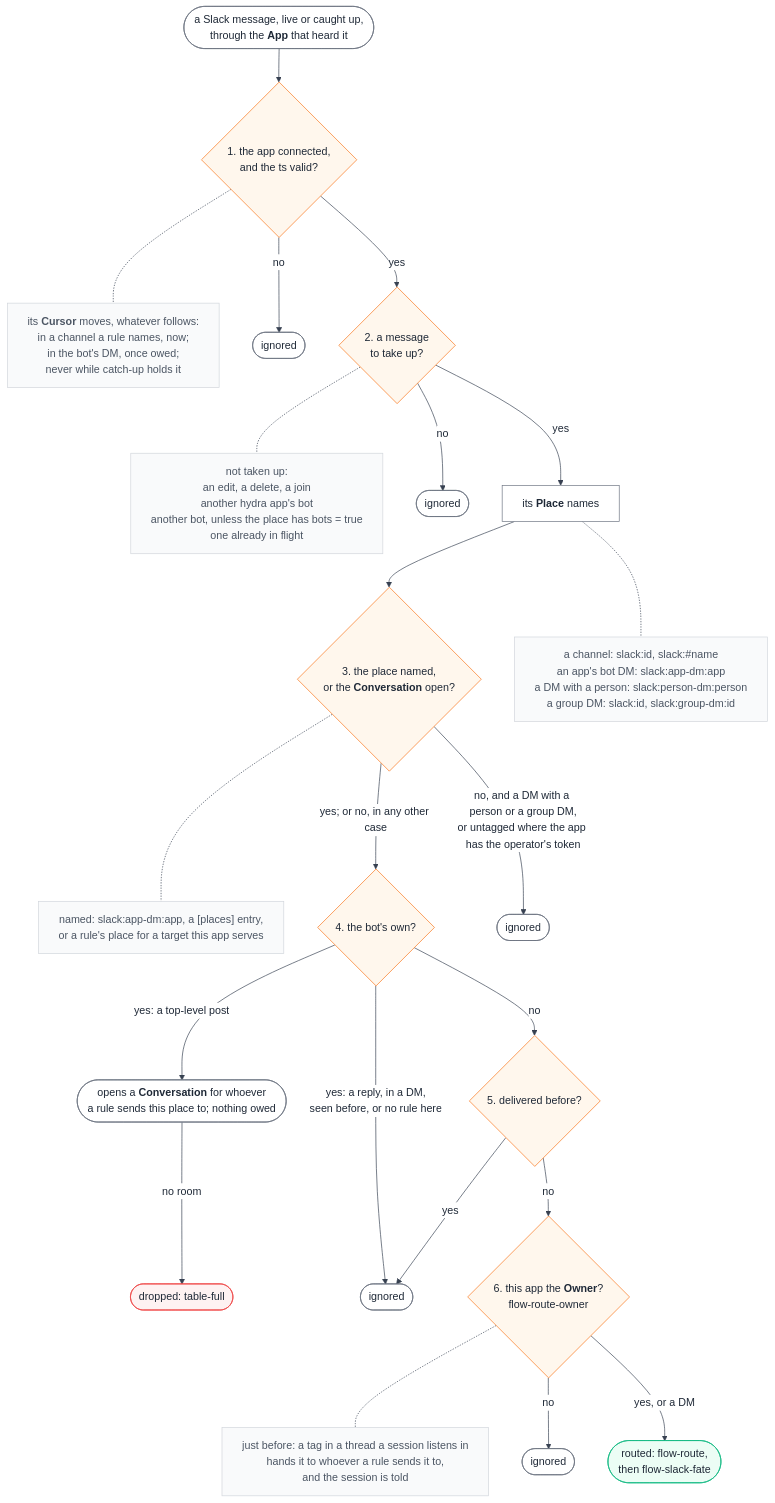
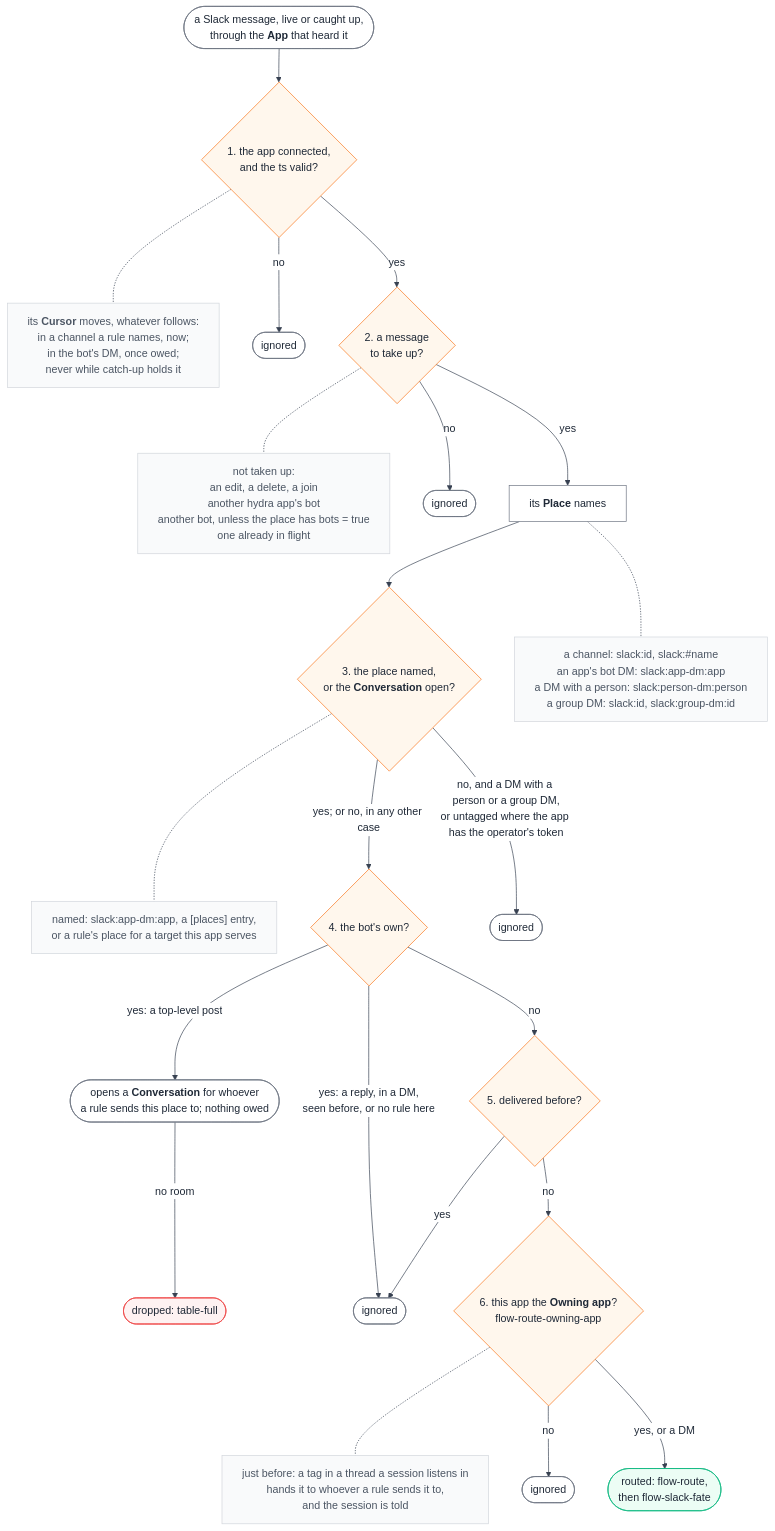
Before and after one commit to sf8193/hydra: the diagram in diagrams/flow-slack-accept.mmd, drawn with Mermaid. The commit also changed 61 other files, not shown here.

First line of the commit message:
Name by the glossary: owning app, connected, Conversation types, schedule, TargetValue

```diff
--- a/diagrams/flow-slack-accept.mmd
+++ b/diagrams/flow-slack-accept.mmd
@@ -1,57 +1,57 @@
 %%{init: {"theme":"base","themeVariables":{"background":"#ffffff","primaryColor":"#ffffff","primaryBorderColor":"#6b7280","primaryTextColor":"#1f2937","lineColor":"#374151","clusterBkg":"#ffffff","clusterBorder":"#d1d5db"},"flowchart":{"wrappingWidth":420,"useMaxWidth":false}}}%%
 %% Which Slack messages does an app take up and hand to routing?
-%% SlackWatcher.handle and classify, connectors/slack/watch.ts:734 and :756.
-%% Before: flow-slack-hear, flow-slack-catchup. Next: flow-route-owner, flow-route, flow-slack-fate. Every box's source: diagrams/flow-slack-accept.sources.md.
+%% ConversationTable.handle and classify, connectors/slack/watch.ts:734 and :756.
+%% Before: flow-slack-hear, flow-slack-catchup. Next: flow-route-owning-app, flow-route, flow-slack-fate. Every box's source: diagrams/flow-slack-accept.sources.md.
 flowchart TD
   in(["a Slack message, live or caught up,<br/>through the <b>App</b> that heard it"])
   g1{"1. the app connected,<br/>and the ts valid?"}
   cur["its <b>Cursor</b> moves, whatever follows:<br/>in a channel a rule names, now;<br/>in the bot's DM, once owed;<br/>never while catch-up holds it"]
   g2{"2. a message<br/>to take up?"}
   n2["not taken up:<br/>an edit, a delete, a join<br/>another hydra app's bot<br/>another bot, unless the place has bots = true<br/>one already in flight"]
   names["its <b>Place</b> names"]
   nn["a channel: slack:id, slack:#name<br/>an app's bot DM: slack:app-dm:app<br/>a DM with a person: slack:person-dm:person<br/>a group DM: slack:id, slack:group-dm:id"]
   g3{"3. the place named,<br/>or the <b>Conversation</b> open?"}
   n3["named: slack:app-dm:app, a [places] entry,<br/>or a rule's place for a target this app serves"]
   g4{"4. the bot's own?"}
   own(["opens a <b>Conversation</b> for whoever<br/>a rule sends this place to; nothing owed"])
   g5{"5. delivered before?"}
   take["just before: a tag in a thread a session listens in<br/>hands it to whoever a rule sends it to,<br/>and the session is told"]
-  g6{"6. this app the <b>Owner</b>?<br/>flow-route-owner"}
+  g6{"6. this app the <b>Owning app</b>?<br/>flow-route-owning-app"}
   routed(["routed: flow-route,<br/>then flow-slack-fate"])
   ign1(["ignored"])
   ign2(["ignored"])
   ign3(["ignored"])
   ign4(["ignored"])
   ign5(["ignored"])
   tfull(["dropped: table-full"])
 
   in --> g1
   g1 -.- cur
   g1 -->|no| ign1
   g1 -->|yes| g2
   g2 -.- n2
   g2 -->|no| ign2
   g2 -->|yes| names --> g3
   names -.- nn
   g3 -.- n3
   g3 -->|"yes; or no, in any other case"| g4
   g3 -->|"no, and a DM with a person or a group DM,<br/>or untagged where the app has the operator's token"| ign3
   g4 -->|"yes: a top-level post"| own
   own -->|"no room"| tfull
   g4 -->|"yes: a reply, in a DM,<br/>seen before, or no rule here"| ign4
   g4 -->|no| g5
   g5 -->|yes| ign4
   g5 -->|no| g6
   g6 -.- take
   g6 -->|"no"| ign5
   g6 -->|"yes, or a DM"| routed
 
   classDef gate fill:#fff7ed,stroke:#f97316,color:#1f2937
   classDef stop fill:#fef2f2,stroke:#ef4444,color:#1f2937
   classDef wait fill:#f3f4f6,stroke:#9ca3af,color:#1f2937
   classDef done fill:#ecfdf5,stroke:#10b981,color:#1f2937
   classDef note fill:#f9fafb,stroke:#d1d5db,color:#4b5563
   class g1,g2,g3,g4,g5,g6 gate
   class tfull stop
   class routed done
   class cur,n2,nn,n3,take note
```
